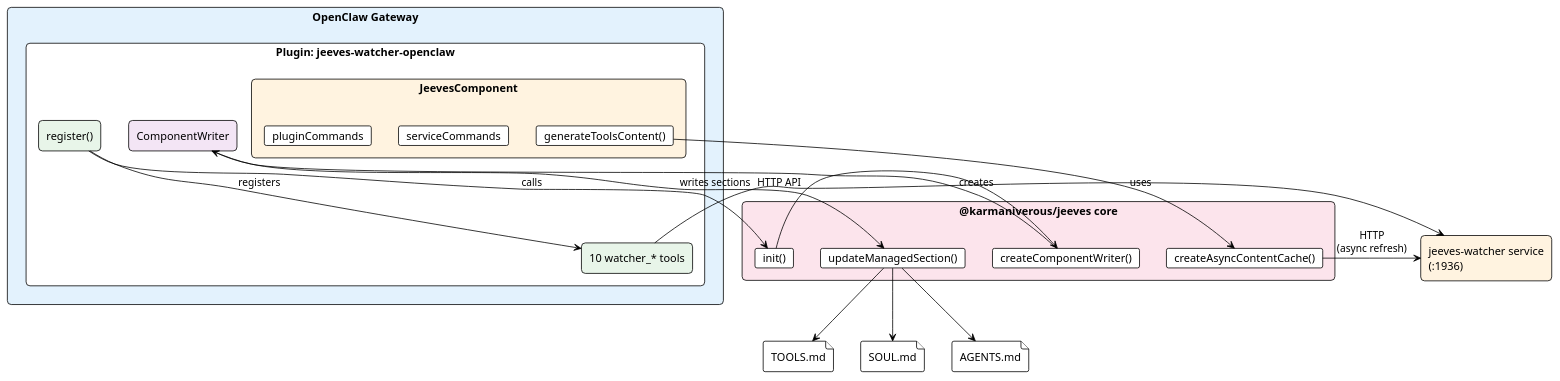
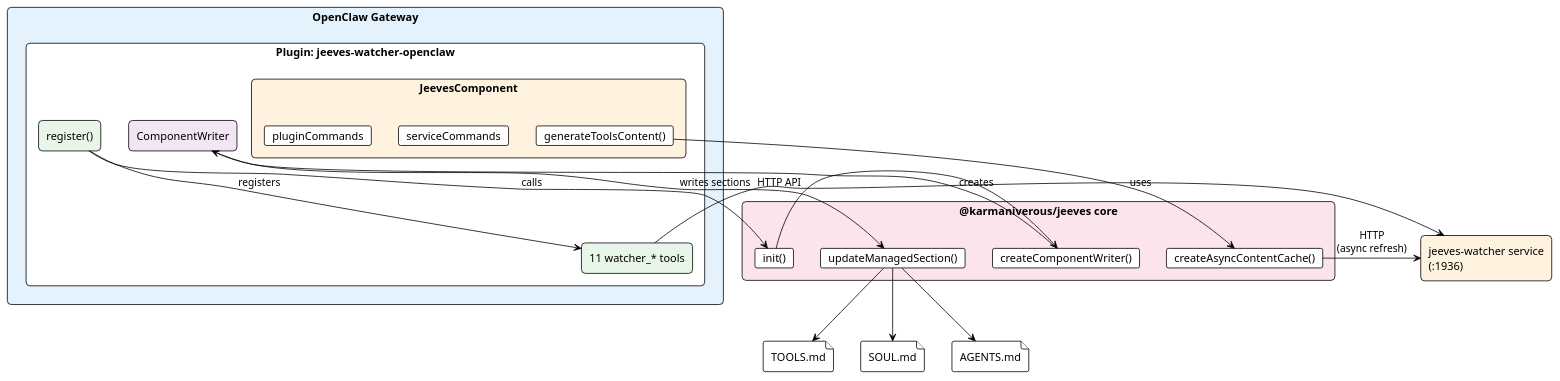
Before and after one commit to karmaniverous/jeeves-watcher: the diagram in packages/openclaw/diagrams/plugin-architecture.pu, drawn with PlantUML. The commit also changed 3 other files, not shown here.

First line of the commit message:
docs: update skill, READMEs, and diagrams for v0.17.0

```diff
--- a/packages/openclaw/diagrams/plugin-architecture.pu
+++ b/packages/openclaw/diagrams/plugin-architecture.pu
@@ -1,48 +1,48 @@
 @startuml plugin-architecture
 !theme plain
 skinparam backgroundColor white
 skinparam defaultFontName Arial
 skinparam rectangle {
   RoundCorner 10
 }
 
 rectangle "OpenClaw Gateway" as gateway #e3f2fd {
   rectangle "Plugin: jeeves-watcher-openclaw" as plugin {
     rectangle "register()" as reg #e8f5e9
-    rectangle "10 watcher_* tools" as tools #e8f5e9
+    rectangle "11 watcher_* tools" as tools #e8f5e9
     rectangle "JeevesComponent" as component #fff3e0 {
       card "generateToolsContent()" as gen
       card "serviceCommands" as svc
       card "pluginCommands" as plg
     }
     rectangle "ComponentWriter" as writer #f3e5f5
   }
 }
 
 rectangle "@karmaniverous/jeeves core" as core #fce4ec {
   card "init()" as init
   card "createComponentWriter()" as ccw
   card "createAsyncContentCache()" as cache
   card "updateManagedSection()" as ums
 }
 
 rectangle "jeeves-watcher service\n(:1936)" as watcher #fff3e0
 
 file "TOOLS.md" as toolsmd
 file "SOUL.md" as soulmd
 file "AGENTS.md" as agentsmd
 
 reg -down-> tools : registers
 reg -down-> init : calls
 init -right-> ccw
 ccw -down-> writer : creates
 
 gen -down-> cache : uses
 cache -right-> watcher : HTTP\n(async refresh)
 writer -down-> ums : writes sections
 ums -down-> toolsmd
 ums -down-> soulmd
 ums -down-> agentsmd
 
 tools -right-> watcher : HTTP API
 @enduml
```
